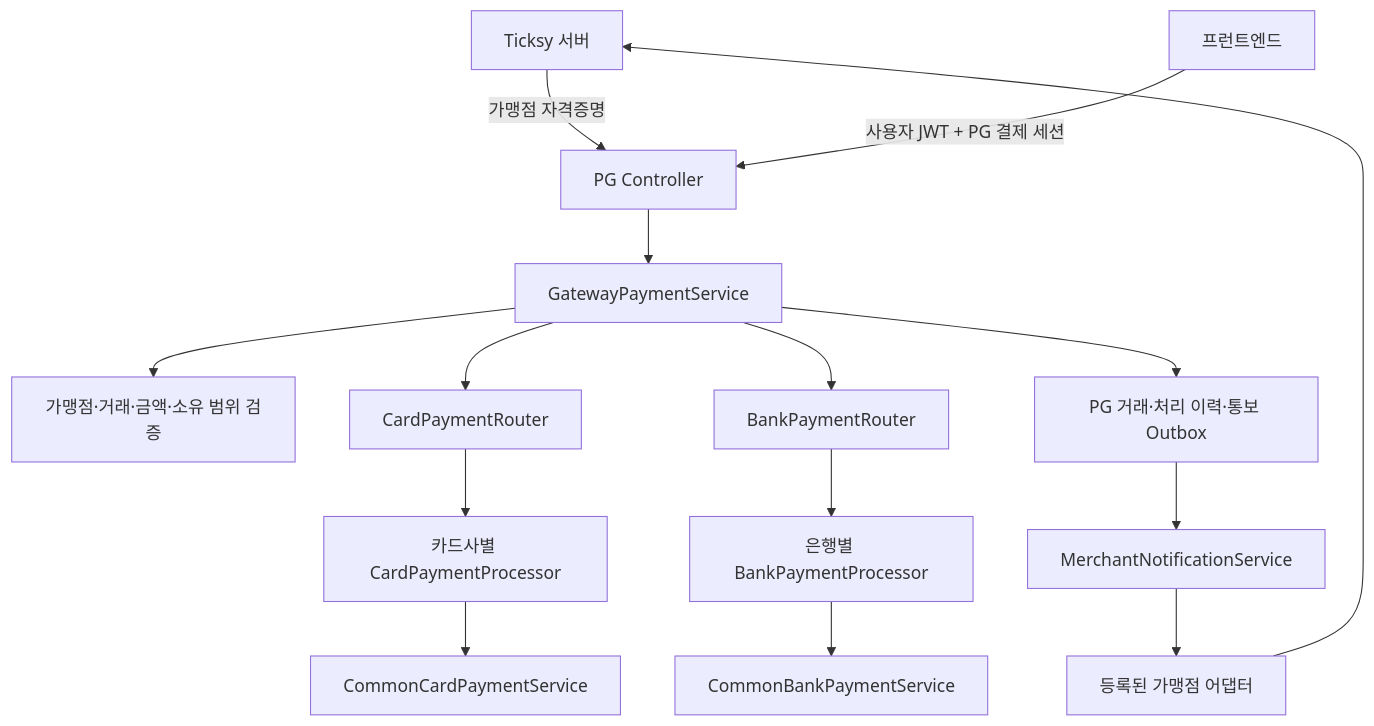
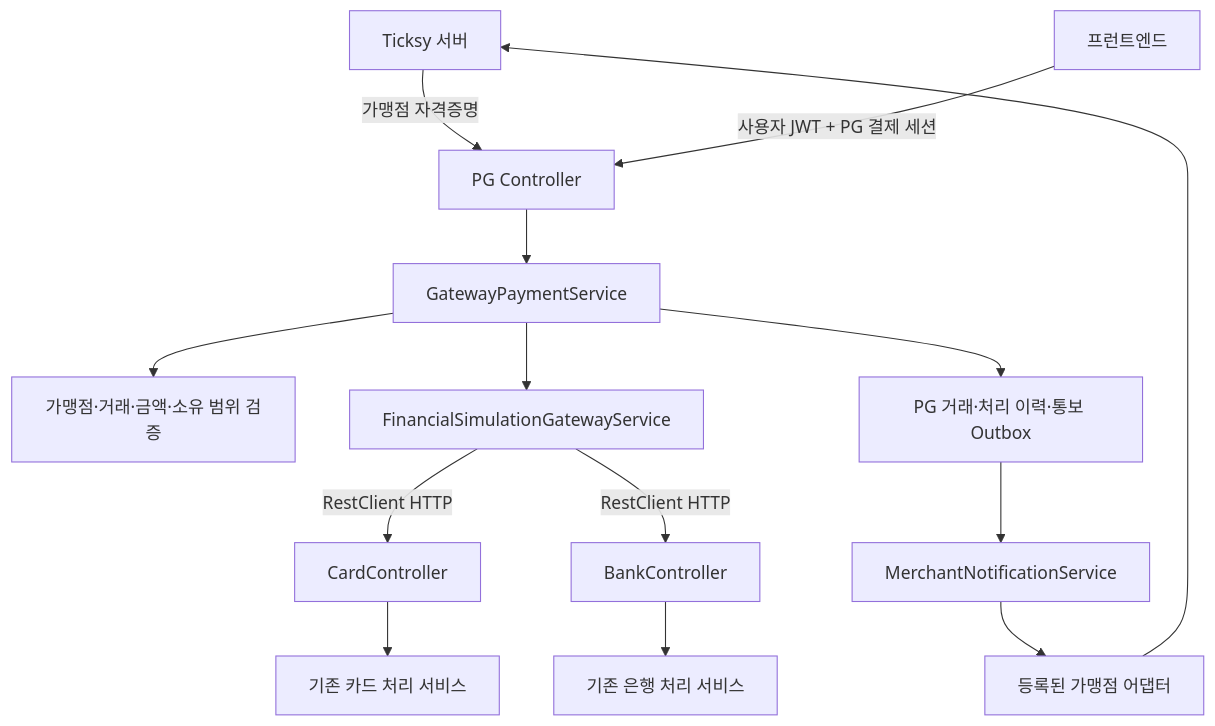
One commit to baekbum/ticket changed the first of 2 diagrams in docs/payment-gateway-domain-design.md. Above: the diagram before and after it, drawn with Mermaid. The commit also changed other lines of this file and 35 other files, not shown here.

````diff
--- a/docs/payment-gateway-domain-design.md
+++ b/docs/payment-gateway-domain-design.md
@@ -11,17 +15,16 @@
 ```mermaid
 flowchart TD
     T[Ticksy 서버] -->|가맹점 자격증명| C[PG Controller]
     F[프런트엔드] -->|사용자 JWT + PG 결제 세션| C
     C --> G[GatewayPaymentService]
     G --> M[가맹점·거래·금액·소유 범위 검증]
-    G --> CR[CardPaymentRouter]
-    CR --> CP[카드사별 CardPaymentProcessor]
-    CP --> CC[CommonCardPaymentService]
-    G --> BR[BankPaymentRouter]
-    BR --> BP[은행별 BankPaymentProcessor]
-    BP --> BC[CommonBankPaymentService]
+    G --> H[FinancialSimulationGatewayService]
+    H -->|RestClient HTTP| CP[CardController]
+    CP --> CC[기존 카드 처리 서비스]
+    H -->|RestClient HTTP| BP[BankController]
+    BP --> BC[기존 은행 처리 서비스]
     G --> P[PG 거래·처리 이력·통보 Outbox]
     P --> N[MerchantNotificationService]
     N --> A[등록된 가맹점 어댑터]
     A --> T
 ```
````
